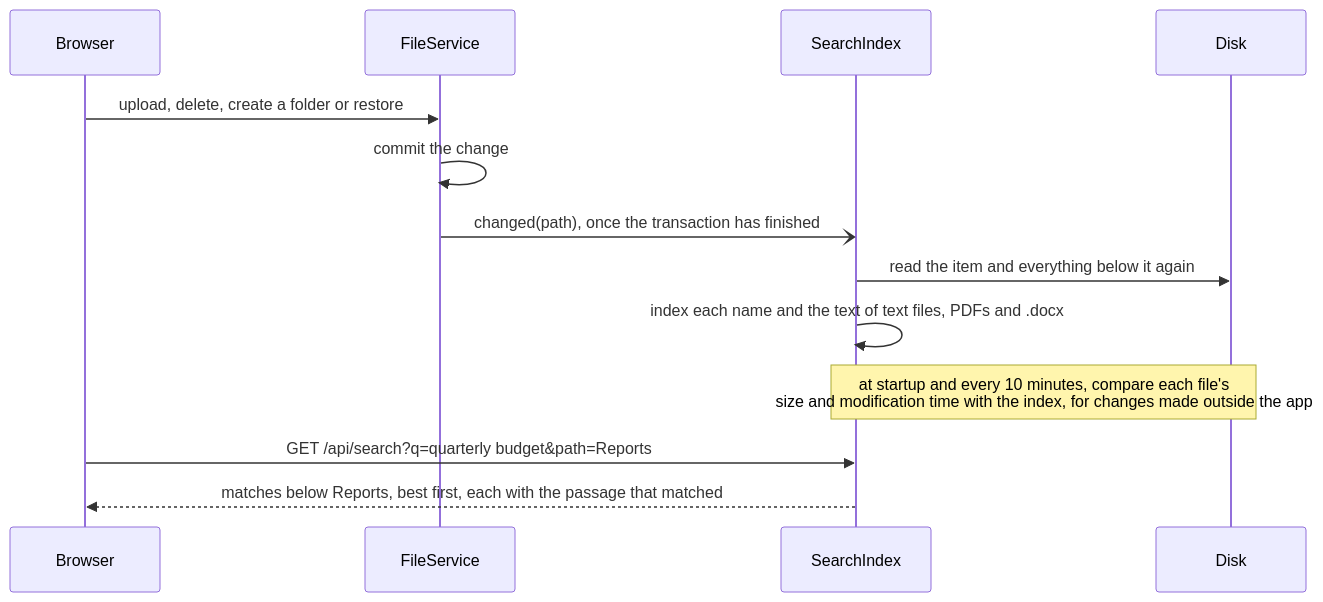
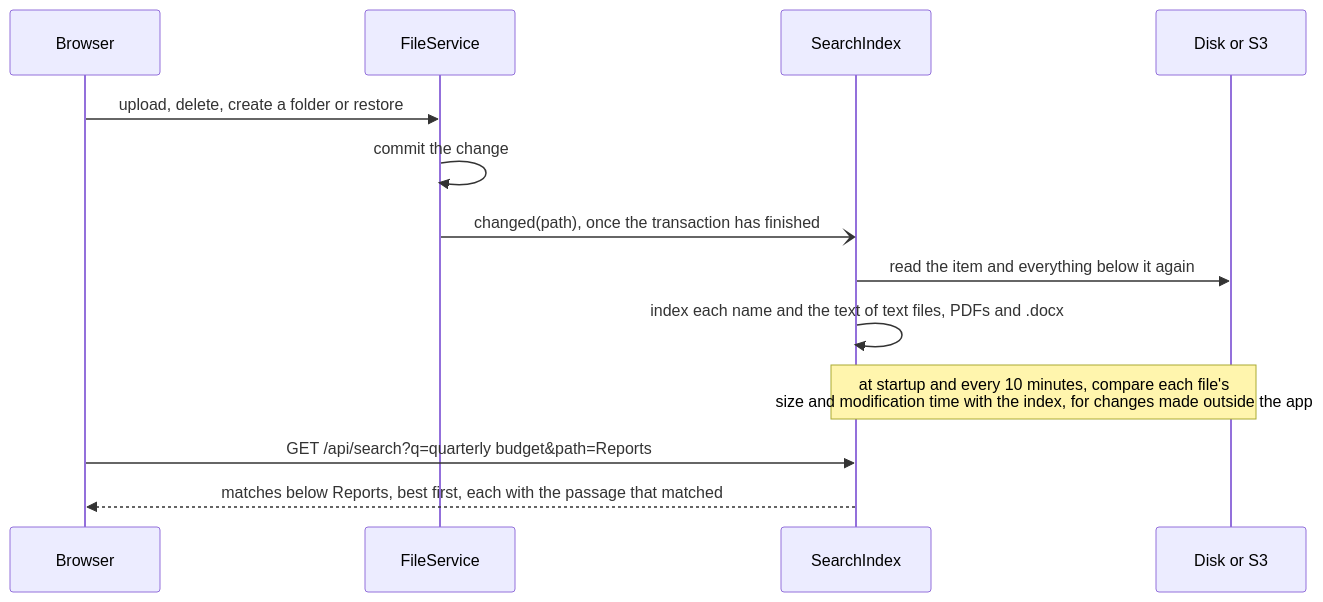
Before and after one commit to mevcaus/JavaDropbox: the fifth of 6 diagrams in README.md, drawn with Mermaid. The commit also changed other lines of this file and 3 other files, not shown here.

Commit message:
document storage in s3, and tick it off the roadmap

````diff
--- a/README.md
+++ b/README.md
@@ -206,16 +215,16 @@
 ```mermaid
 sequenceDiagram
     participant B as Browser
     participant F as FileService
     participant I as SearchIndex
-    participant D as Disk
+    participant D as Disk or S3
 
     B->>F: upload, delete, create a folder or restore
     F->>F: commit the change
     F-)I: changed(path), once the transaction has finished
     I->>D: read the item and everything below it again
     I->>I: index each name and the text of text files, PDFs and .docx
     Note over I,D: at startup and every 10 minutes, compare each file's<br/>size and modification time with the index, for changes made outside the app
     B->>I: GET /api/search?q=quarterly budget&path=Reports
     I-->>B: matches below Reports, best first, each with the passage that matched
 ```
````
